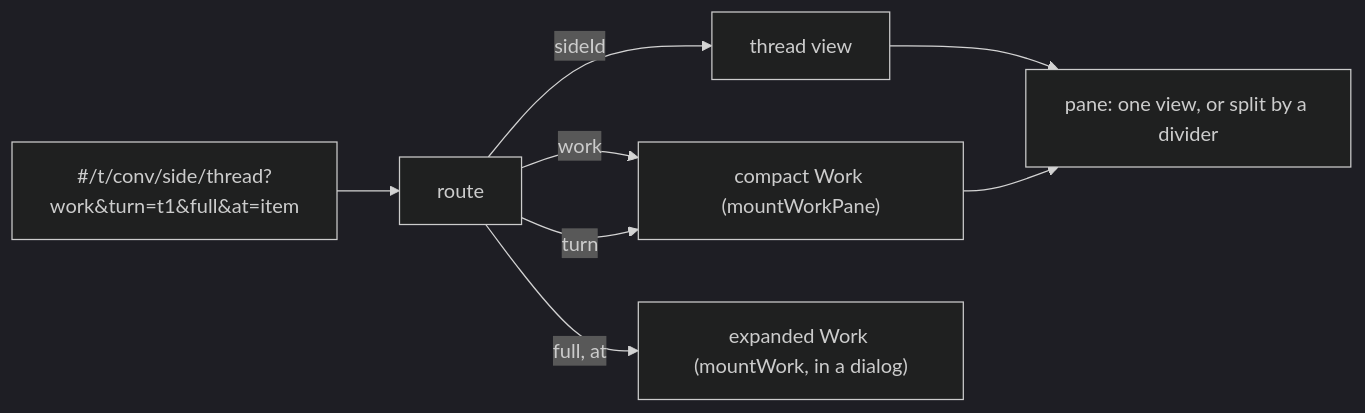
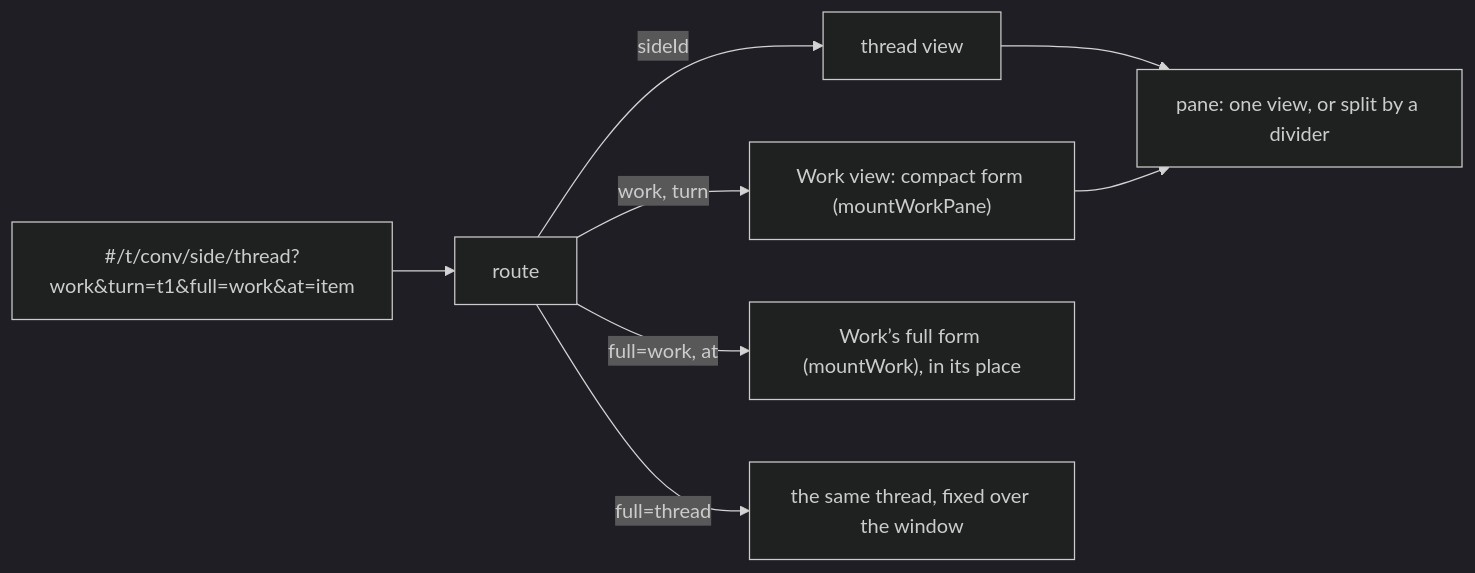
One commit to HJeon139/postbox changed the eighth of 8 diagrams in designs/architecture.md. Above: the diagram before and after it, drawn with Mermaid (dark theme). The commit also changed other lines of this file and 8 other files, not shown here.

````diff
--- a/designs/architecture.md
+++ b/designs/architecture.md
@@ -388,9 +388,9 @@
 ```mermaid
 flowchart LR
-  A["#/t/conv/side/thread?work&turn=t1&full&at=item"] --> R[route]
+  A["#/t/conv/side/thread?work&turn=t1&full=work&at=item"] --> R[route]
   R -->|sideId| T[thread view]
-  R -->|work| W["compact Work (mountWorkPane)"]
-  R -->|turn| W
-  R -->|"full, at"| F["expanded Work (mountWork, in a dialog)"]
+  R -->|work, turn| W["Work view: compact form (mountWorkPane)"]
+  R -->|"full=work, at"| F["Work’s full form (mountWork), in its place"]
+  R -->|full=thread| TF["the same thread, fixed over the window"]
   T & W --> P["pane: one view, or split by a divider"]
 ```
````
